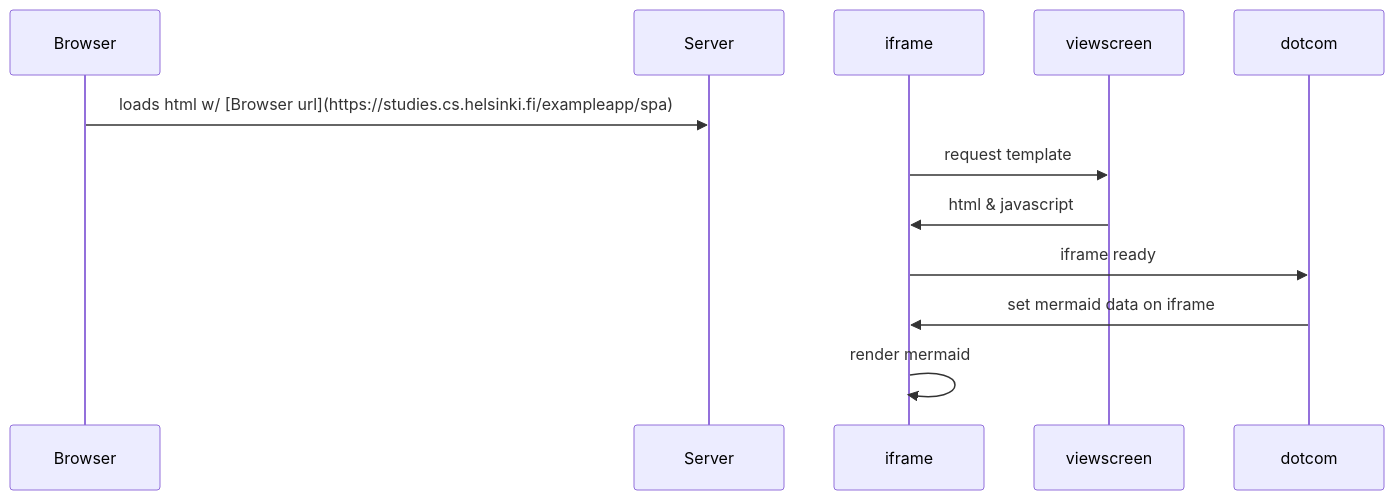
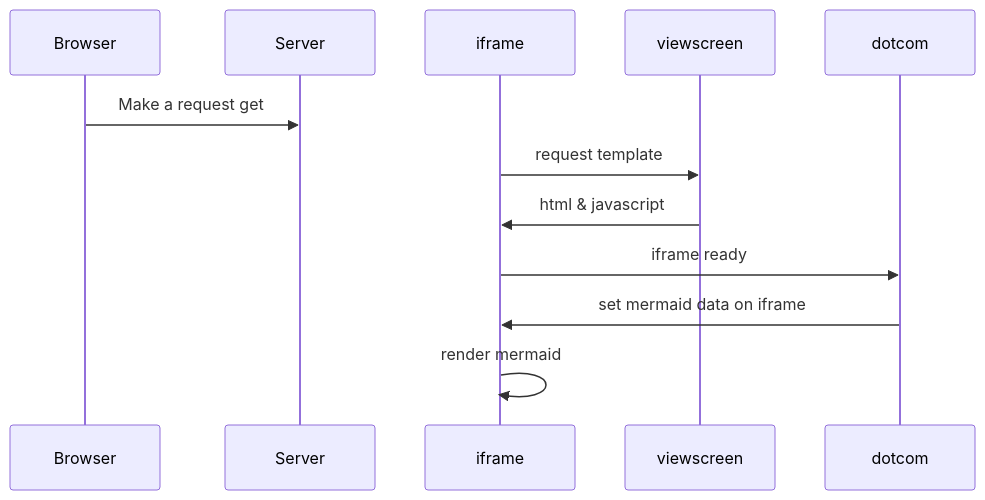
One commit to JhonTheRipper89/SequenceDiagram changed the diagram in README.md. Above: the diagram before and after it, drawn with Mermaid.

````diff
--- a/README.md
+++ b/README.md
@@ -2,11 +2,11 @@
 ```mermaid
 sequenceDiagram
     participant Browser
     participant Server
-    Browser->>Server: loads html w/ [Browser url](https://studies.cs.helsinki.fi/exampleapp/spa)
+    Browser->>Server: Make a request get
     iframe->>viewscreen: request template
     viewscreen->>iframe: html & javascript
     iframe->>dotcom: iframe ready
     dotcom->>iframe: set mermaid data on iframe
     iframe->>iframe: render mermaid
 ```
````
